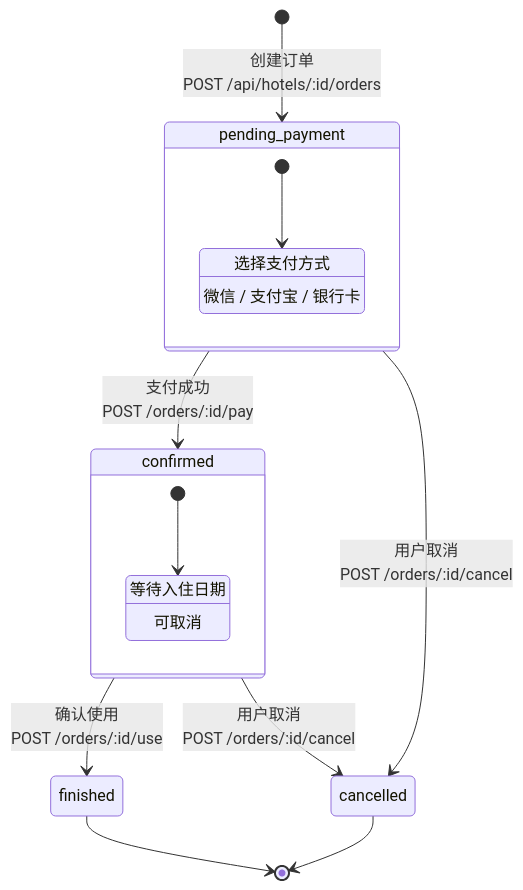
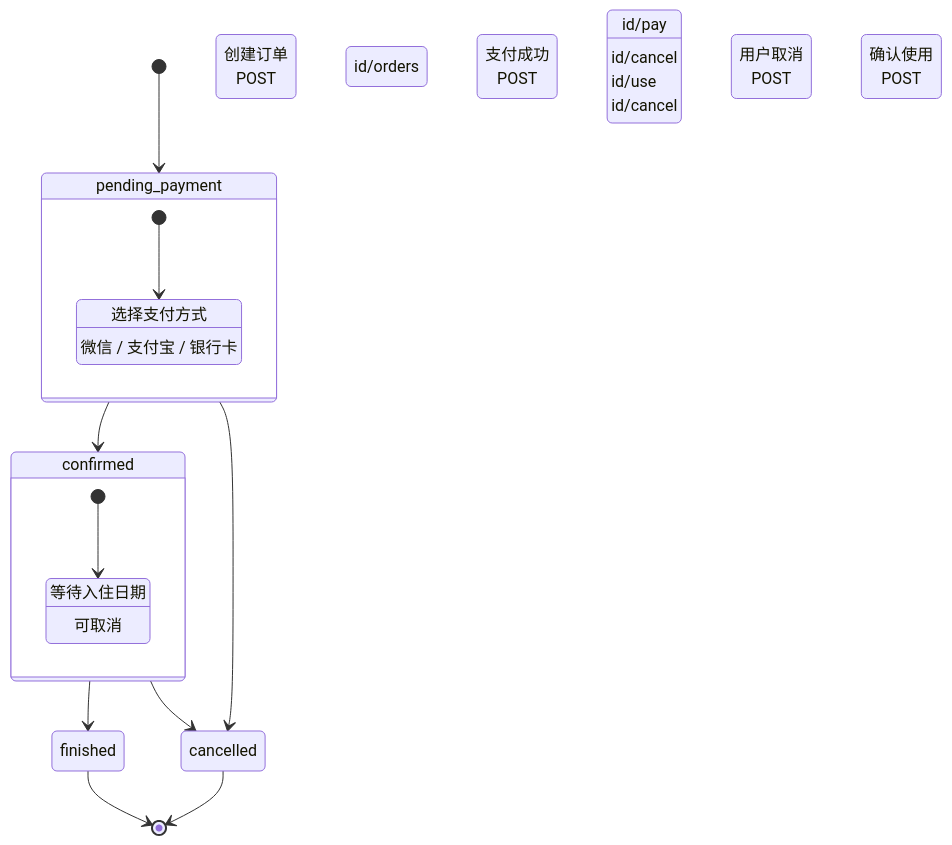
Before and after one commit to chendingya/EaseStay: the second of 14 diagrams in docs/mobile/mobile-business-flow.md, drawn with Mermaid. The commit also changed 5 other files, not shown here.

Commit message:
feat: 添加三端系统总架构图文档，更新移动端业务流程图

````diff
--- a/docs/mobile/mobile-business-flow.md
+++ b/docs/mobile/mobile-business-flow.md
@@ -52,25 +52,25 @@
 ```mermaid
 stateDiagram-v2
-    [*] --> pending_payment: 创建订单<br/>POST /api/hotels/:id/orders
+    [*] --> pending_payment 创建订单<br/>POST /api/hotels/:id/orders
 
-    pending_payment --> confirmed: 支付成功<br/>POST /orders/:id/pay
-    pending_payment --> cancelled: 用户取消<br/>POST /orders/:id/cancel
+    pending_payment --> confirmed 支付成功<br/>POST /orders/:id/pay
+    pending_payment --> cancelled 用户取消<br/>POST /orders/:id/cancel
 
-    confirmed --> finished: 确认使用<br/>POST /orders/:id/use
-    confirmed --> cancelled: 用户取消<br/>POST /orders/:id/cancel
+    confirmed --> finished 确认使用<br/>POST /orders/:id/use
+    confirmed --> cancelled 用户取消<br/>POST /orders/:id/cancel
 
     finished --> [*]
     cancelled --> [*]
 
     state pending_payment {
         [*] --> 等待支付
         等待支付: 选择支付方式
         等待支付: 微信 / 支付宝 / 银行卡
     }
 
     state confirmed {
         [*] --> 待使用
         待使用: 等待入住日期
         待使用: 可取消
     }
 ```
````
